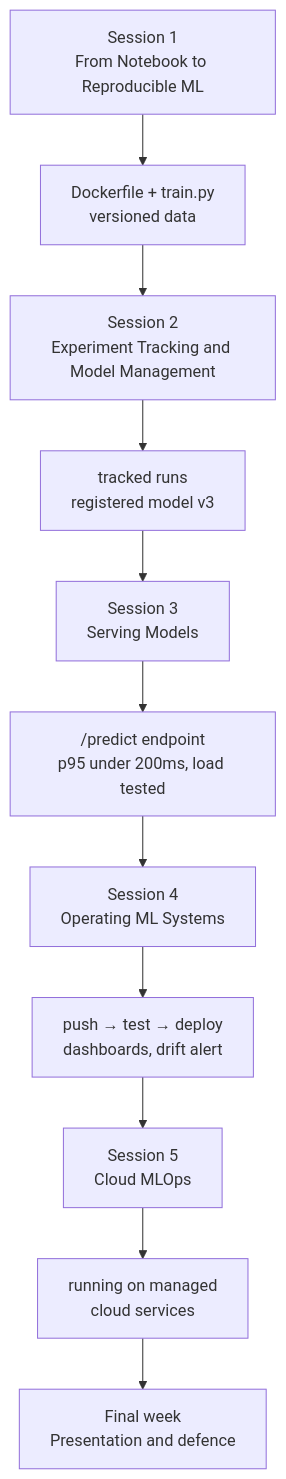
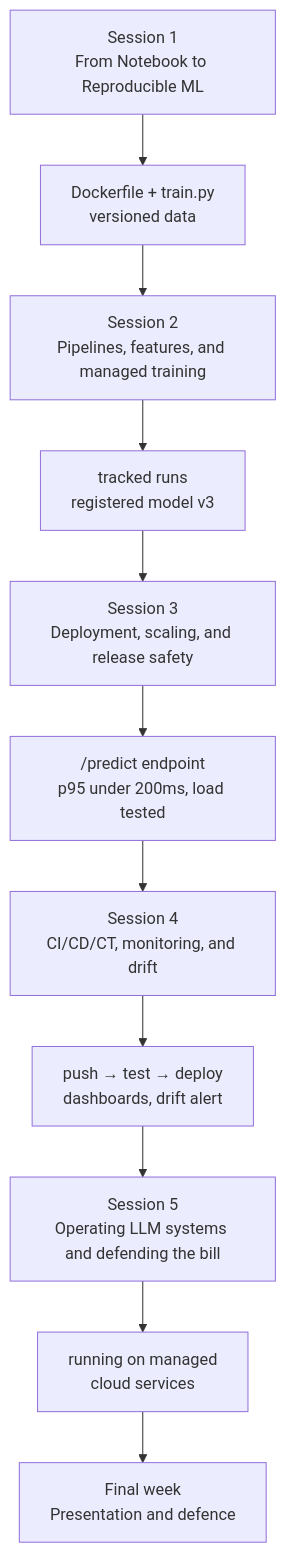
The second of 2 diagrams in course/slides/course-deck.md (pasdptt/public_teaching_mlaiops), drawn with Mermaid before and after one commit. The commit also changed other lines of this file and 16 other files, not shown here.

````diff
--- a/course/slides/course-deck.md
+++ b/course/slides/course-deck.md
@@ -87,13 +87,13 @@
 ```mermaid
 flowchart TD
     S1["Session 1<br>From Notebook to Reproducible ML"] --> A1["Dockerfile + train.py<br>versioned data"]
-    A1 --> S2["Session 2<br>Experiment Tracking and Model Management"]
+    A1 --> S2["Session 2<br>Pipelines, features, and managed training"]
     S2 --> A2["tracked runs<br>registered model v3"]
-    A2 --> S3["Session 3<br>Serving Models"]
+    A2 --> S3["Session 3<br>Deployment, scaling, and release safety"]
     S3 --> A3["/predict endpoint<br>p95 under 200ms, load tested"]
-    A3 --> S4["Session 4<br>Operating ML Systems"]
+    A3 --> S4["Session 4<br>CI/CD/CT, monitoring, and drift"]
     S4 --> A4["push → test → deploy<br>dashboards, drift alert"]
-    A4 --> S5["Session 5<br>Cloud MLOps"]
+    A4 --> S5["Session 5<br>Operating LLM systems and defending the bill"]
     S5 --> A5["running on managed<br>cloud services"]
     A5 --> P["Final week<br>Presentation and defence"]
 ```
````
